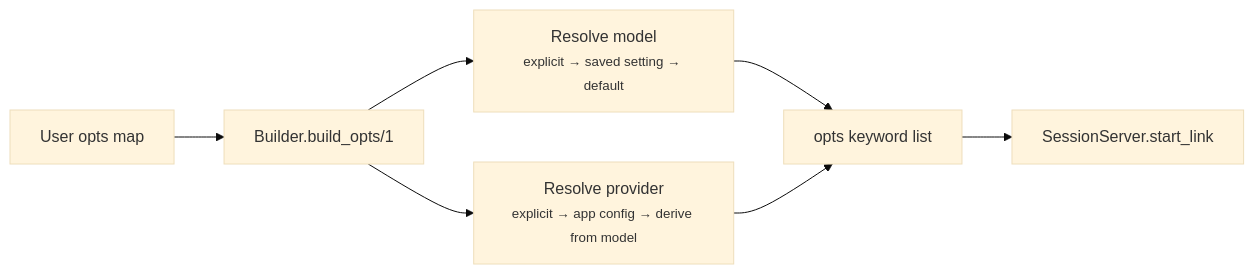
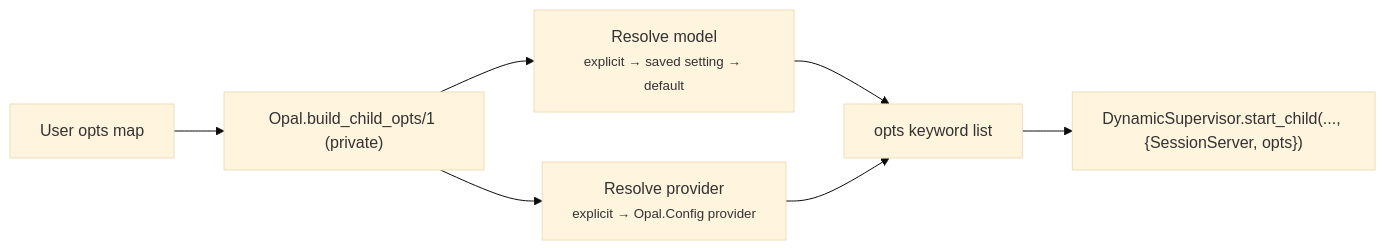
Before and after one commit to matteing/opal: the first of 2 diagrams in docs/session.md, drawn with Mermaid (base theme). The commit also changed other lines of this file and 37 other files, not shown here.

````diff
--- a/docs/session.md
+++ b/docs/session.md
@@ -9,9 +9,9 @@
 ```mermaid
 flowchart LR
-    A["User opts map"] --> B["Builder.build_opts/1"]
+    A["User opts map"] --> B["Opal.build_child_opts/1 (private)"]
     B --> C["Resolve model<br/><small>explicit → saved setting → default</small>"]
-    B --> D["Resolve provider<br/><small>explicit → app config → derive from model</small>"]
+    B --> D["Resolve provider<br/><small>explicit → Opal.Config provider</small>"]
     C --> E["opts keyword list"]
     D --> E
-    E --> F["SessionServer.start_link"]
+    E --> F["DynamicSupervisor.start_child(..., {SessionServer, opts})"]
 ```
````
